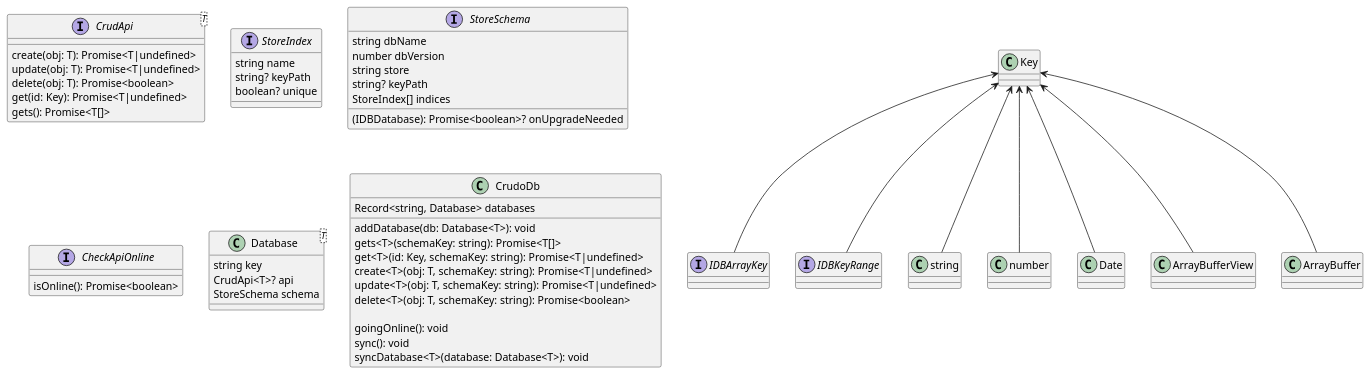
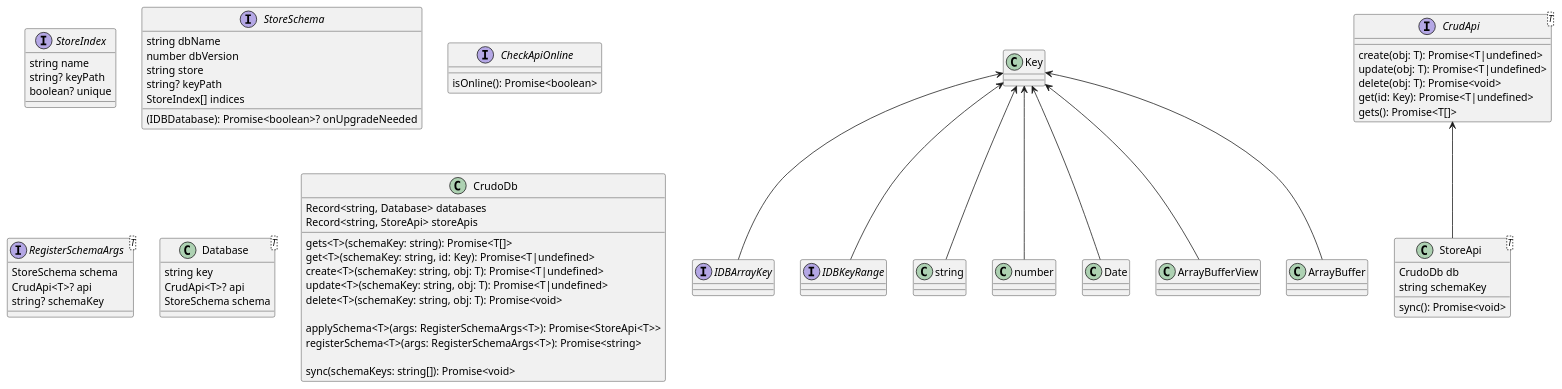
Before and after one commit to SourceCodeBot/crudodb: the diagram in docs/Types.puml, drawn with PlantUML. The commit also changed 20 other files, not shown here.

```diff
--- a/docs/Types.puml
+++ b/docs/Types.puml
@@ -1,62 +1,78 @@
 @startuml
 
 interface IDBArrayKey
 interface IDBKeyRange
 
 Key <-- string
 Key <-- number
 Key <-- Date
 Key <-- ArrayBufferView
 Key <-- ArrayBuffer
 Key <-- IDBArrayKey
 Key <-- IDBKeyRange
 
 interface CrudApi<T> {
   create(obj: T): Promise<T|undefined>
   update(obj: T): Promise<T|undefined>
-  delete(obj: T): Promise<boolean>
+  delete(obj: T): Promise<void>
   get(id: Key): Promise<T|undefined>
   gets(): Promise<T[]>
 }
 
 interface StoreIndex {
   string name
 	string? keyPath
 	boolean? unique
 }
 
 interface StoreSchema {
   string dbName
 	number dbVersion
 	string store
 	string? keyPath
 	StoreIndex[] indices
   (IDBDatabase): Promise<boolean>? onUpgradeNeeded
 }
 
 interface CheckApiOnline {
   isOnline(): Promise<boolean>
 }
 
+interface RegisterSchemaArgs<T> {
+  StoreSchema schema
+  CrudApi<T>? api
+  string? schemaKey
+}
+
 class Database<T> {
   string key
   CrudApi<T>? api
   StoreSchema schema
 }
 
 class CrudoDb {
   Record<string, Database> databases
+  Record<string, StoreApi> storeApis
 
-  addDatabase(db: Database<T>): void
   gets<T>(schemaKey: string): Promise<T[]>
-  get<T>(id: Key, schemaKey: string): Promise<T|undefined>
-  create<T>(obj: T, schemaKey: string): Promise<T|undefined>
-  update<T>(obj: T, schemaKey: string): Promise<T|undefined>
-  delete<T>(obj: T, schemaKey: string): Promise<boolean>
+  get<T>(schemaKey: string, id: Key): Promise<T|undefined>
+  create<T>(schemaKey: string, obj: T): Promise<T|undefined>
+  update<T>(schemaKey: string, obj: T): Promise<T|undefined>
+  delete<T>(schemaKey: string, obj: T): Promise<void>
 
-  goingOnline(): void
-  sync(): void
-  syncDatabase<T>(database: Database<T>): void
+  applySchema<T>(args: RegisterSchemaArgs<T>): Promise<StoreApi<T>>
+  registerSchema<T>(args: RegisterSchemaArgs<T>): Promise<string>
+
+  sync(schemaKeys: string[]): Promise<void>
 }
 
+class StoreApi<T> {
+  CrudoDb db
+  string schemaKey
+
+  sync(): Promise<void>
+}
+
+CrudApi <-- StoreApi
+
 @enduml
```
